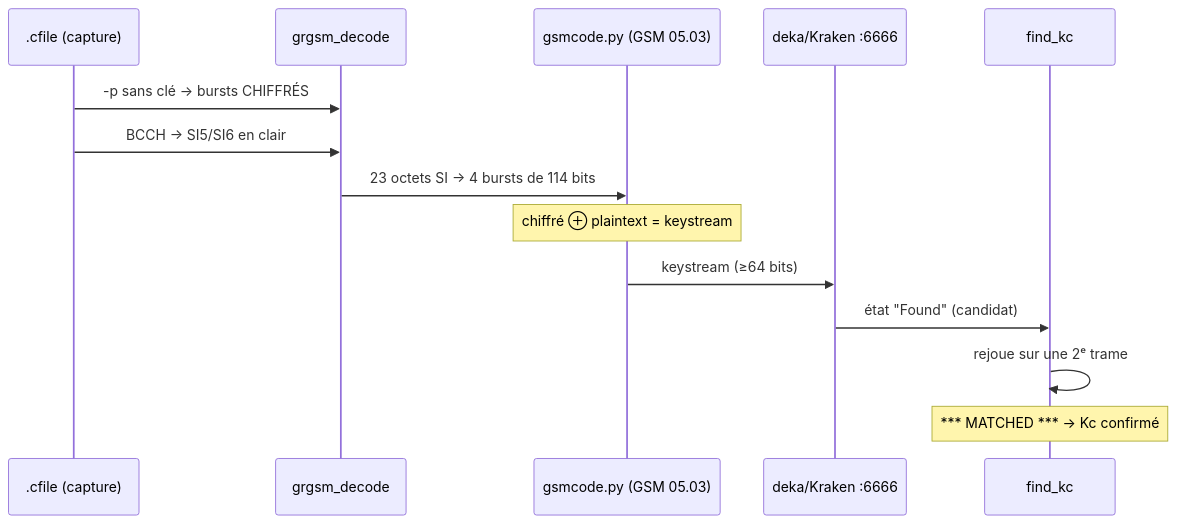
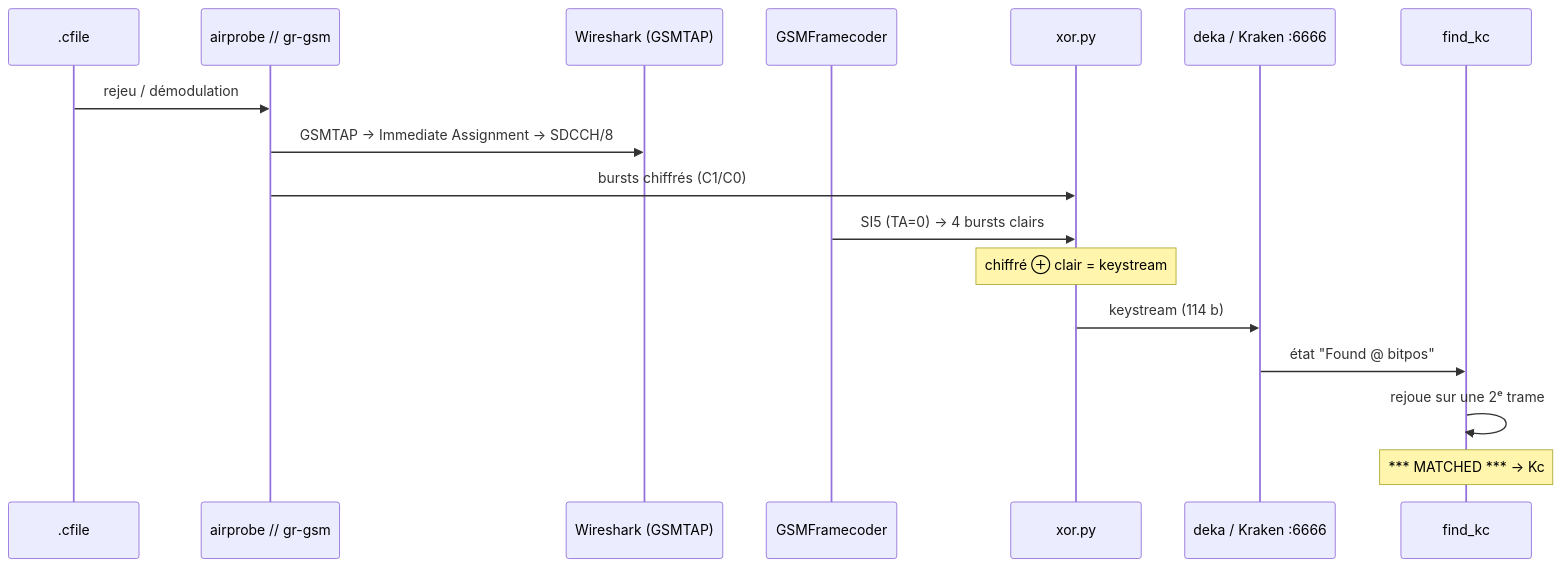
One commit to bbaranoff/bbaranoff.github.io changed the second of 2 diagrams in cours/telco/4-A5-1-cracking.md. Above: the diagram before and after it, drawn with Mermaid. The commit also changed other lines of this file and 2 other files, not shown here.

````diff
--- a/cours/telco/4-A5-1-cracking.md
+++ b/cours/telco/4-A5-1-cracking.md
@@ -48,16 +86,19 @@
 ```mermaid
 sequenceDiagram
-    participant CF as .cfile (capture)
-    participant GR as grgsm_decode
-    participant CO as gsmcode.py (GSM 05.03)
-    participant DK as deka/Kraken :6666
+    participant CF as .cfile
+    participant AQ as airprobe // gr-gsm
+    participant WS as Wireshark (GSMTAP)
+    participant FC as GSMFramecoder
+    participant XO as xor.py
+    participant DK as deka / Kraken :6666
     participant FK as find_kc
-    CF->>GR: -p sans clé → bursts CHIFFRÉS
-    CF->>GR: BCCH → SI5/SI6 en clair
-    GR->>CO: 23 octets SI → 4 bursts de 114 bits
-    Note over CO: chiffré ⊕ plaintext = keystream
-    CO->>DK: keystream (≥64 bits)
-    DK->>FK: état "Found" (candidat)
+    CF->>AQ: rejeu / démodulation
+    AQ->>WS: GSMTAP → Immediate Assignment → SDCCH/8
+    AQ->>XO: bursts chiffrés (C1/C0)
+    FC->>XO: SI5 (TA=0) → 4 bursts clairs
+    Note over XO: chiffré ⊕ clair = keystream
+    XO->>DK: keystream (114 b)
+    DK->>FK: état "Found @ bitpos"
     FK->>FK: rejoue sur une 2ᵉ trame
-    Note over FK: *** MATCHED *** → Kc confirmé
+    Note over FK: *** MATCHED *** → Kc
 ```
````
